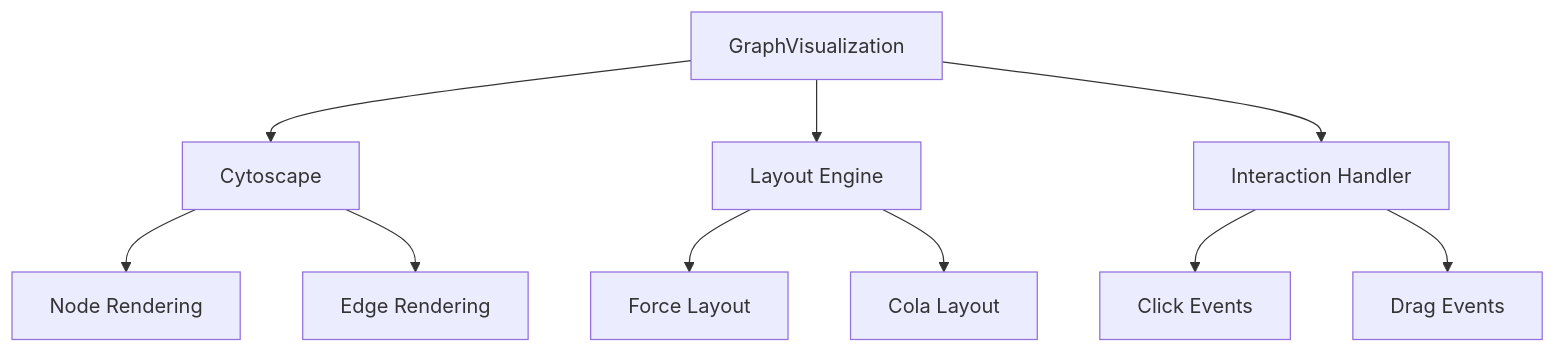
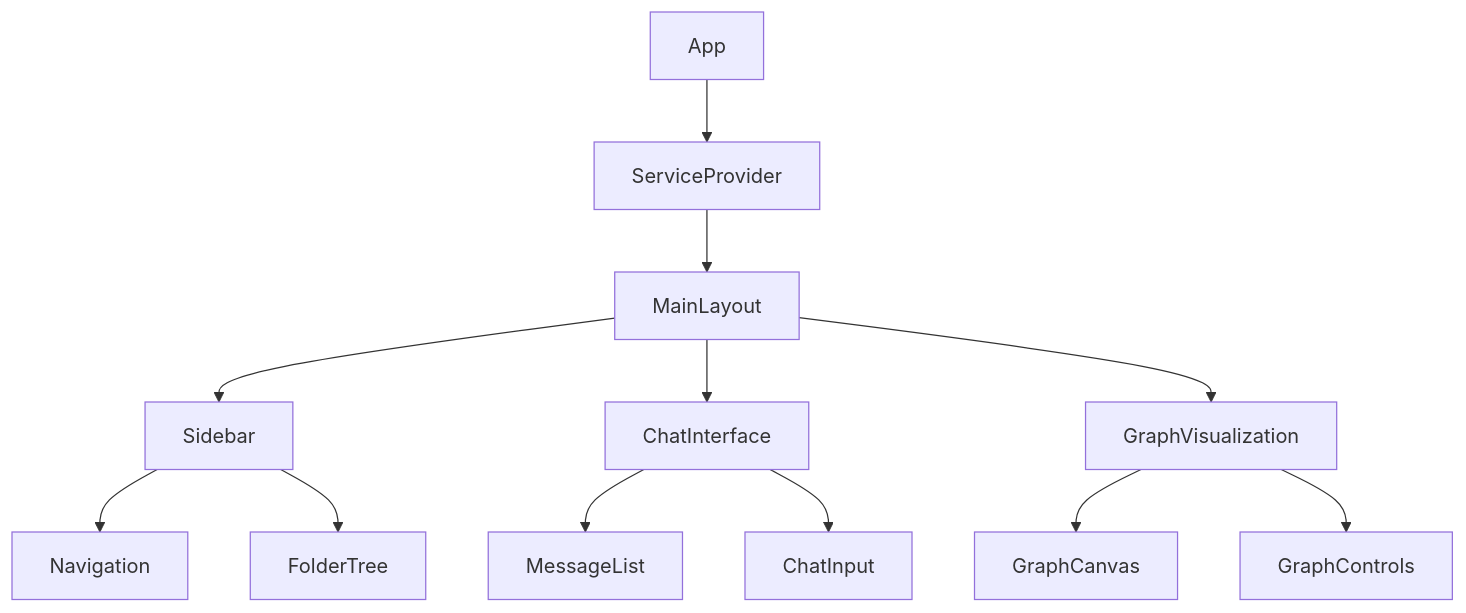
One commit to SimoKiihamaki/cognicore changed the first of 3 diagrams in docs/components.md. Above: the diagram before and after it, drawn with Mermaid. The commit also changed other lines of this file and 9 other files, not shown here.

````diff
--- a/docs/components.md
+++ b/docs/components.md
@@ -35,12 +223,17 @@
 ```mermaid
 graph TD
-    A[GraphVisualization] --> B[Cytoscape]
-    A --> C[Layout Engine]
-    A --> D[Interaction Handler]
-    B --> E[Node Rendering]
-    B --> F[Edge Rendering]
-    C --> G[Force Layout]
-    C --> H[Cola Layout]
-    D --> I[Click Events]
-    D --> J[Drag Events]
+    A[App] --> B[ServiceProvider]
+    B --> C[MainLayout]
+    C --> D[Sidebar]
+    C --> E[ChatInterface]
+    C --> F[GraphVisualization]
+    
+    D --> G[Navigation]
+    D --> H[FolderTree]
+    
+    E --> I[MessageList]
+    E --> J[ChatInput]
+    
+    F --> K[GraphCanvas]
+    F --> L[GraphControls]
 ```
````
